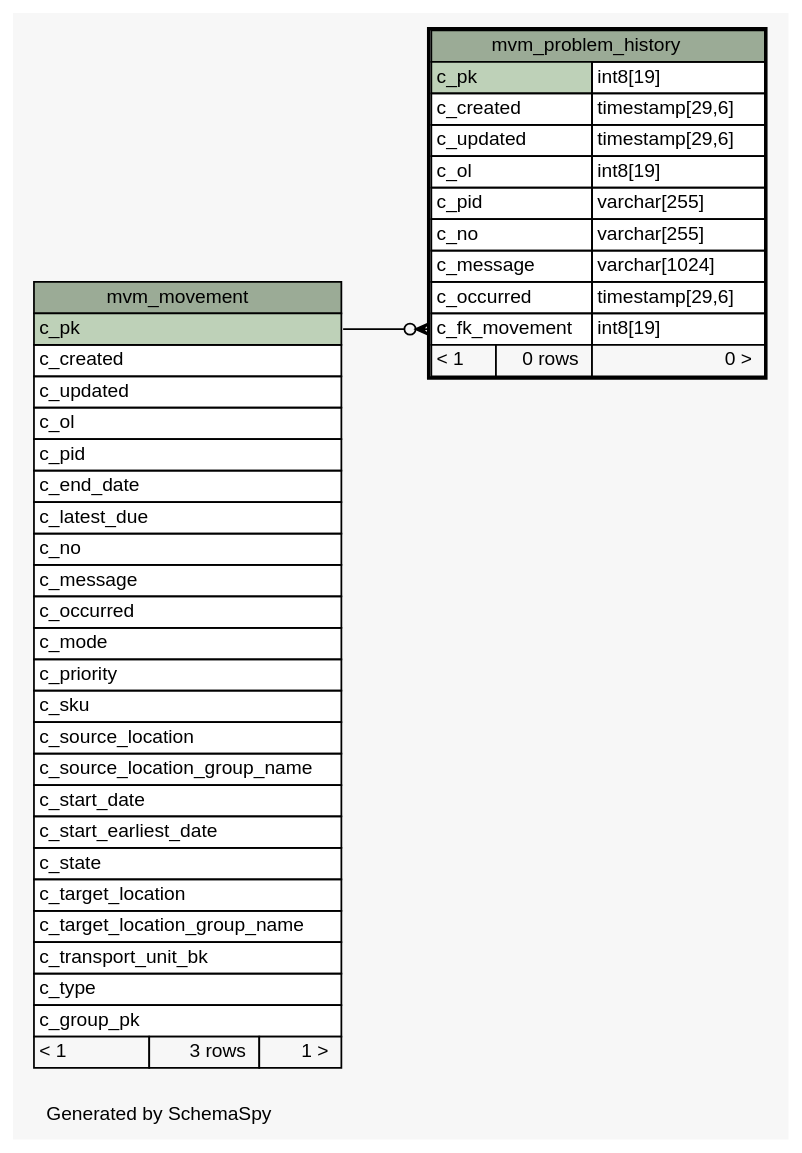
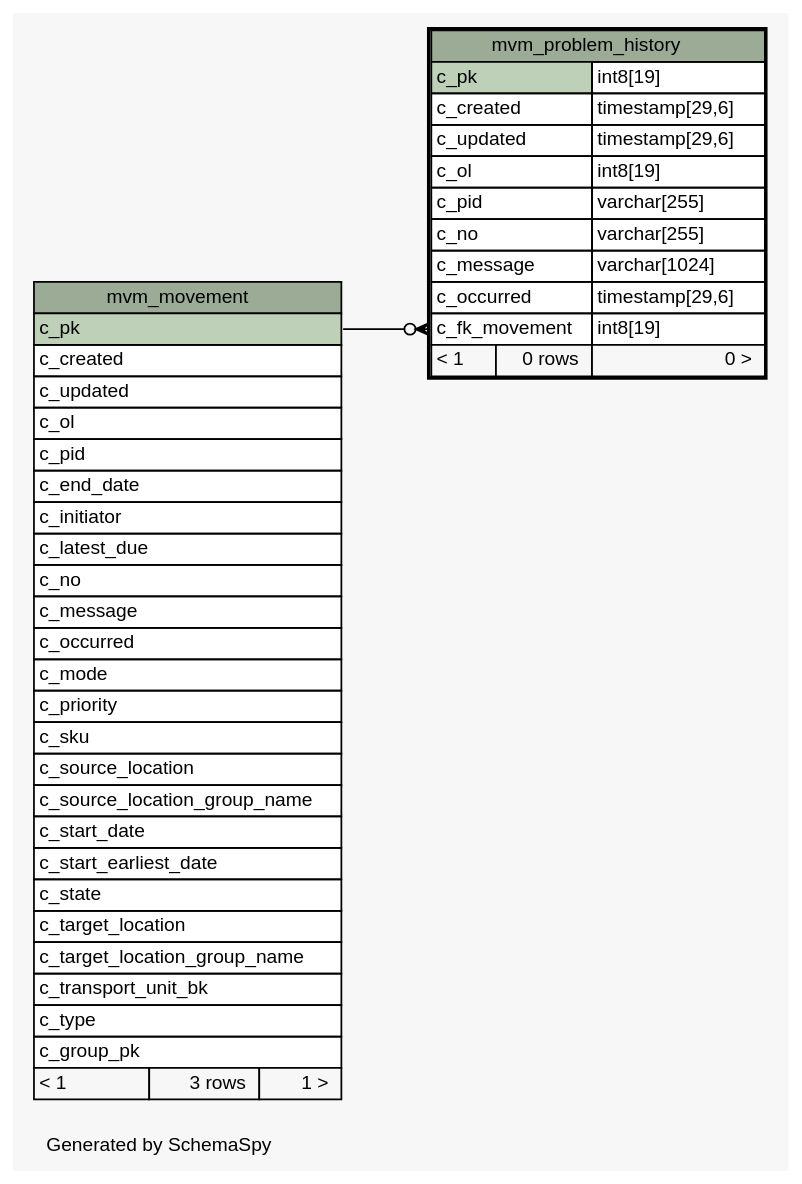
The diagram in 1.0.0-SNAPSHOT/schemaspy/diagrams/mvm_problem_history.1degree.dot (openwms/org.openwms.wms.movements.lib), drawn with Graphviz before and after one commit. The commit also changed 223 other files, not shown here.

```diff
--- a/1.0.0-SNAPSHOT/schemaspy/diagrams/mvm_problem_history.1degree.dot
+++ b/1.0.0-SNAPSHOT/schemaspy/diagrams/mvm_problem_history.1degree.dot
@@ -1,73 +1,74 @@
 // dot 2.43.0 on Linux 5.11.0-1020-azure
 // SchemaSpy rev Unknown
 digraph "oneDegreeRelationshipsDiagram" {
   graph [
     rankdir="RL"
     bgcolor="#f7f7f7"
     label="\nGenerated by SchemaSpy"
     labeljust="l"
     nodesep="0.18"
     ranksep="0.46"
     fontname="Helvetica"
     fontsize="11"
   ];
   node [
     fontname="Helvetica"
     fontsize="11"
     shape="plaintext"
   ];
   edge [
     arrowsize="0.8"
   ];
   "mvm_problem_history":"c_fk_movement":w -> "mvm_movement":"c_pk":e [arrowhead=none dir=back arrowtail=crowodot];
   "mvm_movement" [
     label=<
     <TABLE BORDER="0" CELLBORDER="1" CELLSPACING="0" BGCOLOR="#ffffff">
       <TR><TD COLSPAN="3" BGCOLOR="#9bab96" ALIGN="CENTER">mvm_movement</TD></TR>
       <TR><TD PORT="c_pk" COLSPAN="3" BGCOLOR="#bed1b8" ALIGN="LEFT">c_pk</TD></TR>
       <TR><TD PORT="c_created" COLSPAN="3" ALIGN="LEFT">c_created</TD></TR>
       <TR><TD PORT="c_updated" COLSPAN="3" ALIGN="LEFT">c_updated</TD></TR>
       <TR><TD PORT="c_ol" COLSPAN="3" ALIGN="LEFT">c_ol</TD></TR>
       <TR><TD PORT="c_pid" COLSPAN="3" ALIGN="LEFT">c_pid</TD></TR>
       <TR><TD PORT="c_end_date" COLSPAN="3" ALIGN="LEFT">c_end_date</TD></TR>
+      <TR><TD PORT="c_initiator" COLSPAN="3" ALIGN="LEFT">c_initiator</TD></TR>
       <TR><TD PORT="c_latest_due" COLSPAN="3" ALIGN="LEFT">c_latest_due</TD></TR>
       <TR><TD PORT="c_no" COLSPAN="3" ALIGN="LEFT">c_no</TD></TR>
       <TR><TD PORT="c_message" COLSPAN="3" ALIGN="LEFT">c_message</TD></TR>
       <TR><TD PORT="c_occurred" COLSPAN="3" ALIGN="LEFT">c_occurred</TD></TR>
       <TR><TD PORT="c_mode" COLSPAN="3" ALIGN="LEFT">c_mode</TD></TR>
       <TR><TD PORT="c_priority" COLSPAN="3" ALIGN="LEFT">c_priority</TD></TR>
       <TR><TD PORT="c_sku" COLSPAN="3" ALIGN="LEFT">c_sku</TD></TR>
       <TR><TD PORT="c_source_location" COLSPAN="3" ALIGN="LEFT">c_source_location</TD></TR>
       <TR><TD PORT="c_source_location_group_name" COLSPAN="3" ALIGN="LEFT">c_source_location_group_name</TD></TR>
       <TR><TD PORT="c_start_date" COLSPAN="3" ALIGN="LEFT">c_start_date</TD></TR>
       <TR><TD PORT="c_start_earliest_date" COLSPAN="3" ALIGN="LEFT">c_start_earliest_date</TD></TR>
       <TR><TD PORT="c_state" COLSPAN="3" ALIGN="LEFT">c_state</TD></TR>
       <TR><TD PORT="c_target_location" COLSPAN="3" ALIGN="LEFT">c_target_location</TD></TR>
       <TR><TD PORT="c_target_location_group_name" COLSPAN="3" ALIGN="LEFT">c_target_location_group_name</TD></TR>
       <TR><TD PORT="c_transport_unit_bk" COLSPAN="3" ALIGN="LEFT">c_transport_unit_bk</TD></TR>
       <TR><TD PORT="c_type" COLSPAN="3" ALIGN="LEFT">c_type</TD></TR>
       <TR><TD PORT="c_group_pk" COLSPAN="3" ALIGN="LEFT">c_group_pk</TD></TR>
       <TR><TD ALIGN="LEFT" BGCOLOR="#f7f7f7">&lt; 1</TD><TD ALIGN="RIGHT" BGCOLOR="#f7f7f7">3 rows</TD><TD ALIGN="RIGHT" BGCOLOR="#f7f7f7">1 &gt;</TD></TR>
     </TABLE>>
     URL="mvm_movement.html"
     tooltip="mvm_movement"
   ];
   "mvm_problem_history" [
     label=<
     <TABLE BORDER="2" CELLBORDER="1" CELLSPACING="0" BGCOLOR="#ffffff">
       <TR><TD COLSPAN="3" BGCOLOR="#9bab96" ALIGN="CENTER">mvm_problem_history</TD></TR>
       <TR><TD PORT="c_pk" COLSPAN="2" BGCOLOR="#bed1b8" ALIGN="LEFT">c_pk</TD><TD PORT="c_pk.type" ALIGN="LEFT">int8[19]</TD></TR>
       <TR><TD PORT="c_created" COLSPAN="2" ALIGN="LEFT">c_created</TD><TD PORT="c_created.type" ALIGN="LEFT">timestamp[29,6]</TD></TR>
       <TR><TD PORT="c_updated" COLSPAN="2" ALIGN="LEFT">c_updated</TD><TD PORT="c_updated.type" ALIGN="LEFT">timestamp[29,6]</TD></TR>
       <TR><TD PORT="c_ol" COLSPAN="2" ALIGN="LEFT">c_ol</TD><TD PORT="c_ol.type" ALIGN="LEFT">int8[19]</TD></TR>
       <TR><TD PORT="c_pid" COLSPAN="2" ALIGN="LEFT">c_pid</TD><TD PORT="c_pid.type" ALIGN="LEFT">varchar[255]</TD></TR>
       <TR><TD PORT="c_no" COLSPAN="2" ALIGN="LEFT">c_no</TD><TD PORT="c_no.type" ALIGN="LEFT">varchar[255]</TD></TR>
       <TR><TD PORT="c_message" COLSPAN="2" ALIGN="LEFT">c_message</TD><TD PORT="c_message.type" ALIGN="LEFT">varchar[1024]</TD></TR>
       <TR><TD PORT="c_occurred" COLSPAN="2" ALIGN="LEFT">c_occurred</TD><TD PORT="c_occurred.type" ALIGN="LEFT">timestamp[29,6]</TD></TR>
       <TR><TD PORT="c_fk_movement" COLSPAN="2" ALIGN="LEFT">c_fk_movement</TD><TD PORT="c_fk_movement.type" ALIGN="LEFT">int8[19]</TD></TR>
       <TR><TD ALIGN="LEFT" BGCOLOR="#f7f7f7">&lt; 1</TD><TD ALIGN="RIGHT" BGCOLOR="#f7f7f7">0 rows</TD><TD ALIGN="RIGHT" BGCOLOR="#f7f7f7">0 &gt;</TD></TR>
     </TABLE>>
     URL="mvm_problem_history.html"
     tooltip="mvm_problem_history"
   ];
 }
```
